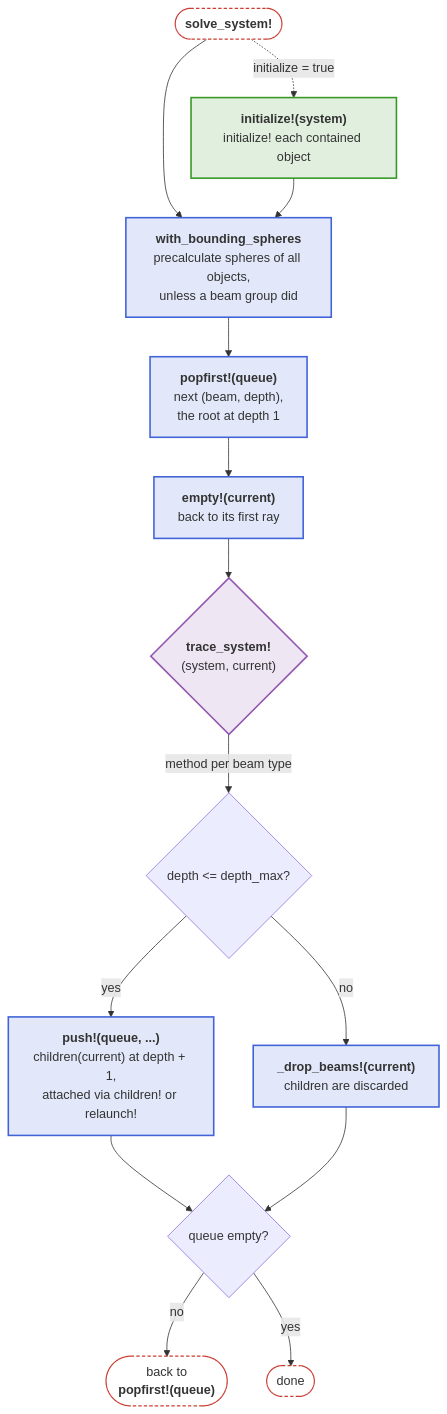
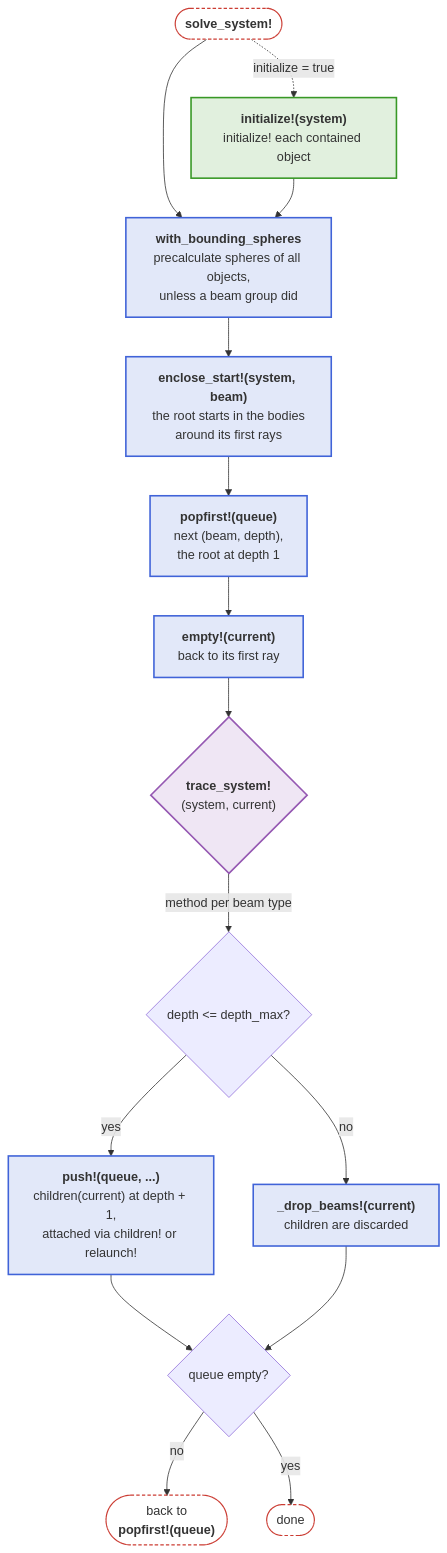
One commit to JuliaPhysics/BeamletOptics.jl changed the seventh of 8 diagrams in docs/src/api/core.md. Above: the diagram before and after it, drawn with Mermaid. The commit also changed 2 other files, not shown here.

Commit message:
Review fixes for #233: start on a surface by direction, start step in the solve diagram
- F1: a ray that starts on the surface of a body is within it only if it runs
  into it; start_enclosure tests the bodies get_coincidence_tolerance() ahead
- F4: the Tracing systems diagram shows enclose_start!

````diff
--- a/docs/src/api/core.md
+++ b/docs/src/api/core.md
@@ -441,34 +441,35 @@
 ```mermaid
 flowchart TB
     S(["<b>solve_system!</b>"])
     INI["<b>initialize!(system)</b><br/>initialize! each contained object"]
     BS["<b>with_bounding_spheres</b><br/>precalculate spheres of all objects,<br/>unless a beam group did"]
+    ST["<b>enclose_start!(system, beam)</b><br/>the root starts in the bodies<br/>around its first rays"]
     Q["<b>popfirst!(queue)</b><br/>next (beam, depth),<br/>the root at depth 1"]
     EM["<b>empty!(current)</b><br/>back to its first ray"]
     TS{"<b>trace_system!</b><br/>(system, current)"}
     D{"depth #lt;= depth_max?"}
     ENQ["<b>push!(queue, ...)</b><br/>children(current) at depth + 1,<br/>attached via children! or relaunch!"]
     DROP["<b>_drop_beams!(current)</b><br/>children are discarded"]
     QE{"queue empty?"}
     BQ(["back to<br/><b>popfirst!(queue)</b>"])
     E([done])
 
     S -. "initialize = true" .-> INI
     S --> BS
     INI --> BS
-    BS --> Q --> EM --> TS
+    BS --> ST --> Q --> EM --> TS
     TS -- "method per beam type" --> D
     D -- yes --> ENQ --> QE
     D -- no --> DROP --> QE
     QE -- no --> BQ
     QE -- yes --> E
 
     classDef blue fill:#4063D826,stroke:#4063D8,stroke-width:2px
     classDef green fill:#38982626,stroke:#389826,stroke-width:2px
     classDef purple fill:#9558B226,stroke:#9558B2,stroke-width:2px
     classDef terminal fill:transparent,stroke:#CB3C33,stroke-width:1.5px,stroke-dasharray:4 3
-    class BS,Q,EM,ENQ,DROP blue
+    class BS,ST,Q,EM,ENQ,DROP blue
     class INI green
     class TS purple
     class S,E,BQ terminal
 ```
````
